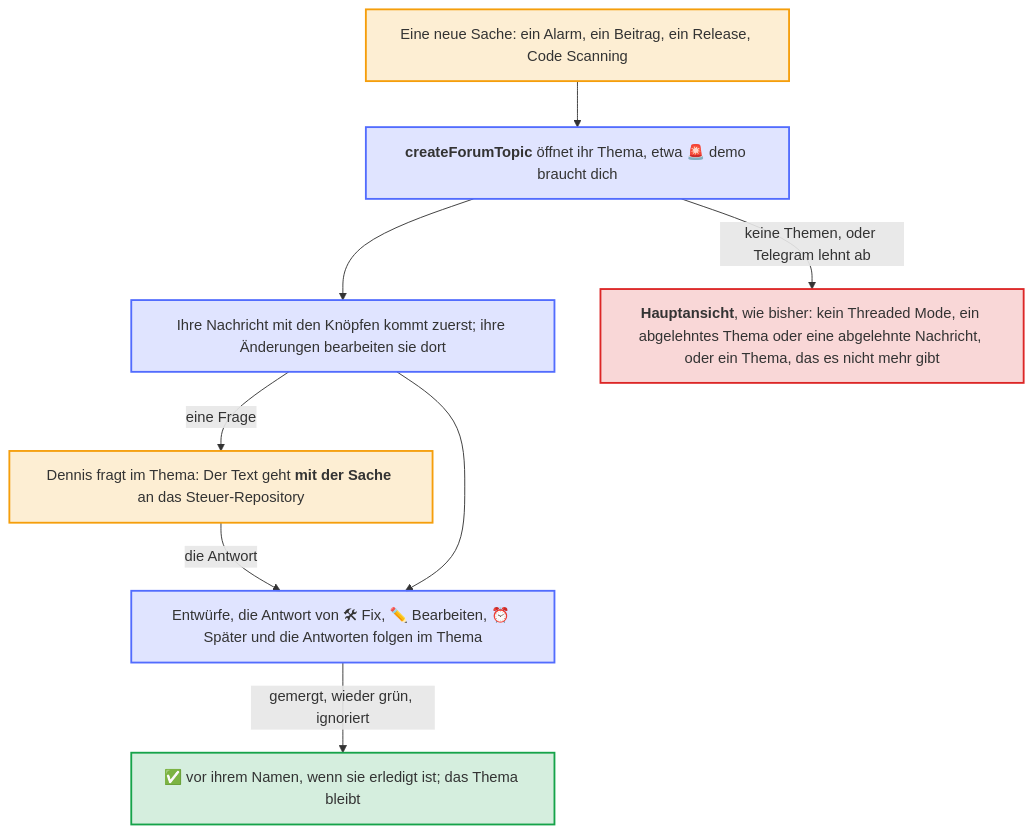
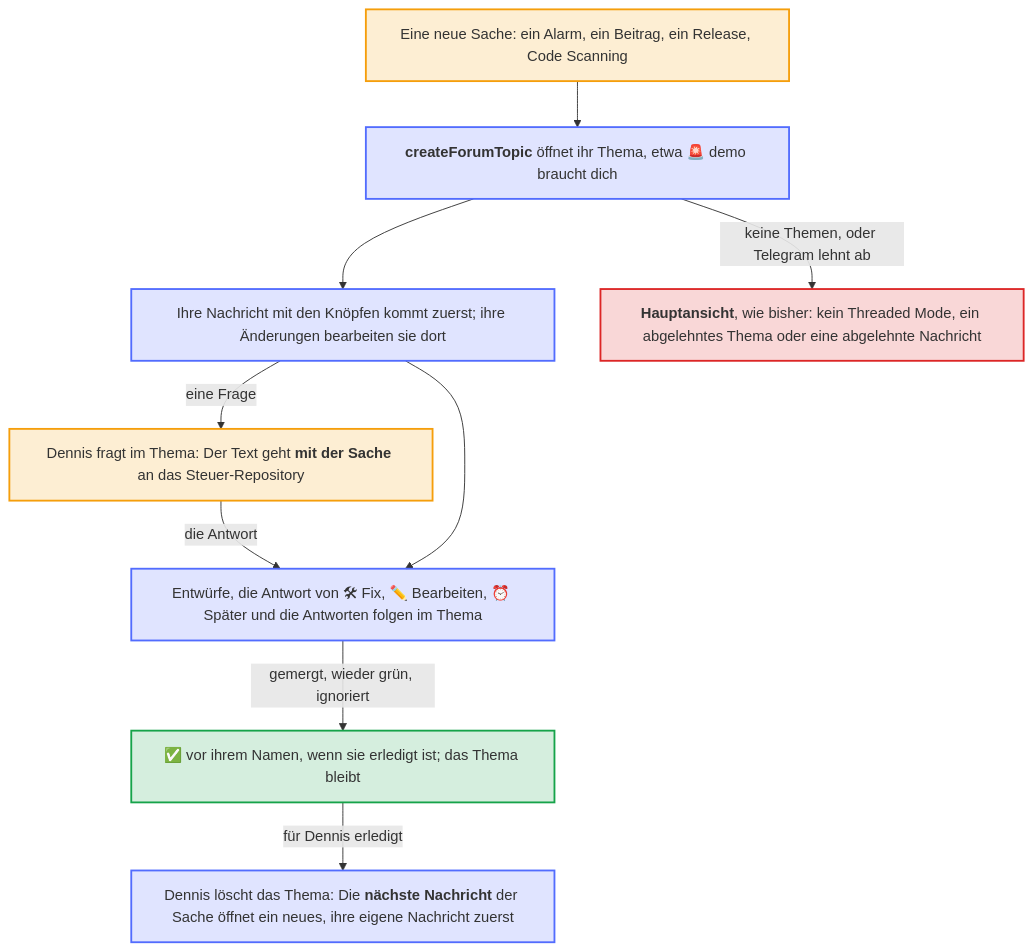
One commit to Dennis-Otto/dennis-otto-pager changed the diagram in docs/diagrams/a-topic-per-thing.de.mmd. Above: the diagram before and after it, drawn with Mermaid. The commit also changed 22 other files, not shown here.

First line of the commit message:
fix: a message of a thing whose topic you deleted opens a new topic instead of the main chat (#106)

```diff
--- a/docs/diagrams/a-topic-per-thing.de.mmd
+++ b/docs/diagrams/a-topic-per-thing.de.mmd
@@ -1,33 +1,35 @@
 ---
 config:
   flowchart:
     wrappingWidth: 400
 ---
 flowchart TB
     accTitle: Ein Thema pro Sache
-    accDescr: Eine neue Sache, etwa ein Alarm, ein Beitrag oder ein Release, öffnet ein eigenes Thema im Chat, benannt nach ihrem Repository und dem, was sie ist. Ihre Nachricht mit den Knöpfen kommt zuerst, und ihre Änderungen bearbeiten sie dort. Ihre Entwürfe, die Antwort von Fix, die Rückfrage von Bearbeiten, was Später zurückbringt, und die Antworten auf das, was Dennis im Thema fragt, folgen darin; seine Frage geht zusammen mit der Sache an das Steuer-Repository. Ist die Sache erledigt, bekommt ihr Thema ein Häkchen vor seinen Namen und bleibt. Ohne Threaded Mode, oder wenn Telegram das Thema oder eine Nachricht darin ablehnt, geht es mit der Sache in der Hauptansicht weiter, wie bisher.
+    accDescr: Eine neue Sache, etwa ein Alarm, ein Beitrag oder ein Release, öffnet ein eigenes Thema im Chat, benannt nach ihrem Repository und dem, was sie ist. Ihre Nachricht mit den Knöpfen kommt zuerst, und ihre Änderungen bearbeiten sie dort. Ihre Entwürfe, die Antwort von Fix, die Rückfrage von Bearbeiten, was Später zurückbringt, und die Antworten auf das, was Dennis im Thema fragt, folgen darin; seine Frage geht zusammen mit der Sache an das Steuer-Repository. Ist die Sache erledigt, bekommt ihr Thema ein Häkchen vor seinen Namen und bleibt. Löscht Dennis das Thema, öffnet die nächste Nachricht der Sache ein neues, mit der Nachricht der Sache zuerst. Ohne Threaded Mode, oder wenn Telegram das Thema oder eine Nachricht darin ablehnt, geht es mit der Sache in der Hauptansicht weiter, wie bisher.
 
     thing["Eine neue Sache: ein Alarm, ein Beitrag, ein Release, Code Scanning"]
     open["`**createForumTopic** öffnet ihr Thema, etwa 🚨 demo braucht dich`"]
     first["`Ihre Nachricht mit den Knöpfen kommt zuerst; ihre Änderungen bearbeiten sie dort`"]
     ask["`Dennis fragt im Thema: Der Text geht **mit der Sache** an das Steuer-Repository`"]
     more["`Entwürfe, die Antwort von 🛠 Fix, ✏️ Bearbeiten, ⏰ Später und die Antworten folgen im Thema`"]
     done["`**✅** vor ihrem Namen, wenn sie erledigt ist; das Thema bleibt`"]
-    main["`**Hauptansicht**, wie bisher: kein Threaded Mode, ein abgelehntes Thema oder eine abgelehnte Nachricht, oder ein Thema, das es nicht mehr gibt`"]
+    gone["`Dennis löscht das Thema: Die **nächste Nachricht** der Sache öffnet ein neues, ihre eigene Nachricht zuerst`"]
+    main["`**Hauptansicht**, wie bisher: kein Threaded Mode, ein abgelehntes Thema oder eine abgelehnte Nachricht`"]
 
     thing --> open
     open --> first
     first -- "eine Frage" --> ask
     ask -- "die Antwort" --> more
     first --> more
     more -- "gemergt, wieder grün, ignoriert" --> done
+    done -- "für Dennis erledigt" --> gone
     open -- "keine Themen, oder Telegram lehnt ab" --> main
 
     classDef you fill:#f59e0b2e,stroke:#f59e0b,stroke-width:2px
     classDef bot fill:#526cfe2e,stroke:#526cfe,stroke-width:2px
     classDef done fill:#16a34a2e,stroke:#16a34a,stroke-width:2px
     classDef warn fill:#dc26262e,stroke:#dc2626,stroke-width:2px
     class thing,ask you
-    class open,first,more bot
+    class open,first,more,gone bot
     class done done
     class main warn
```
